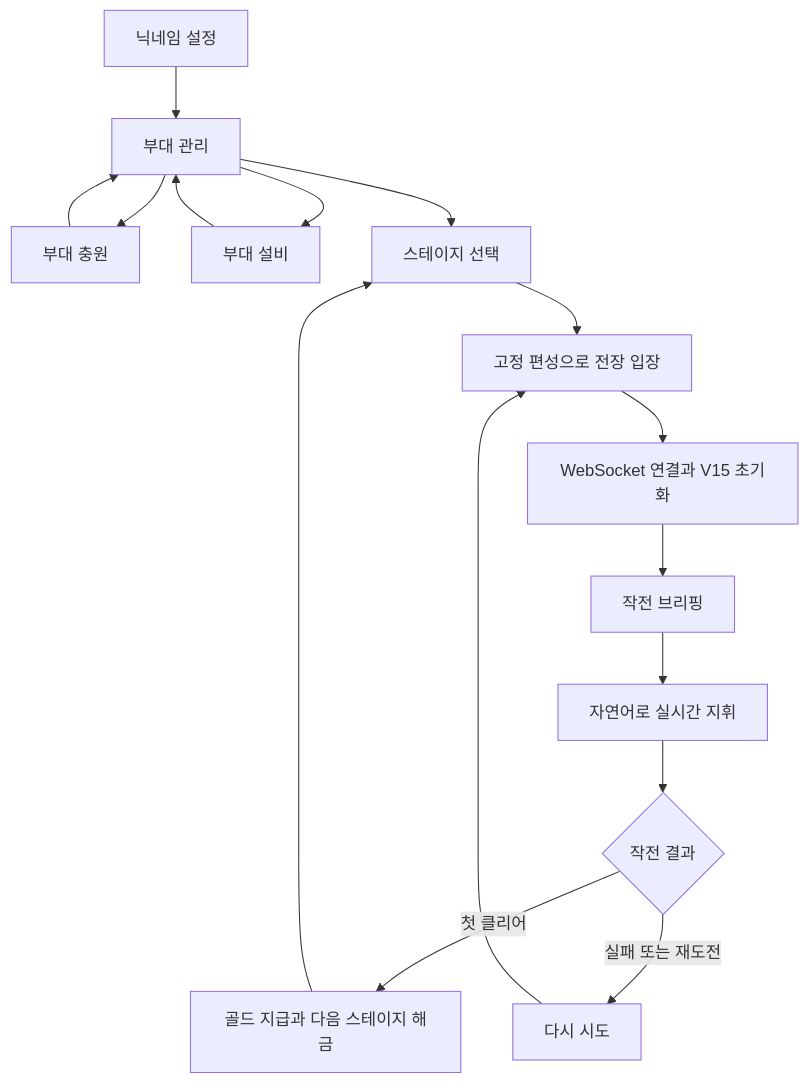
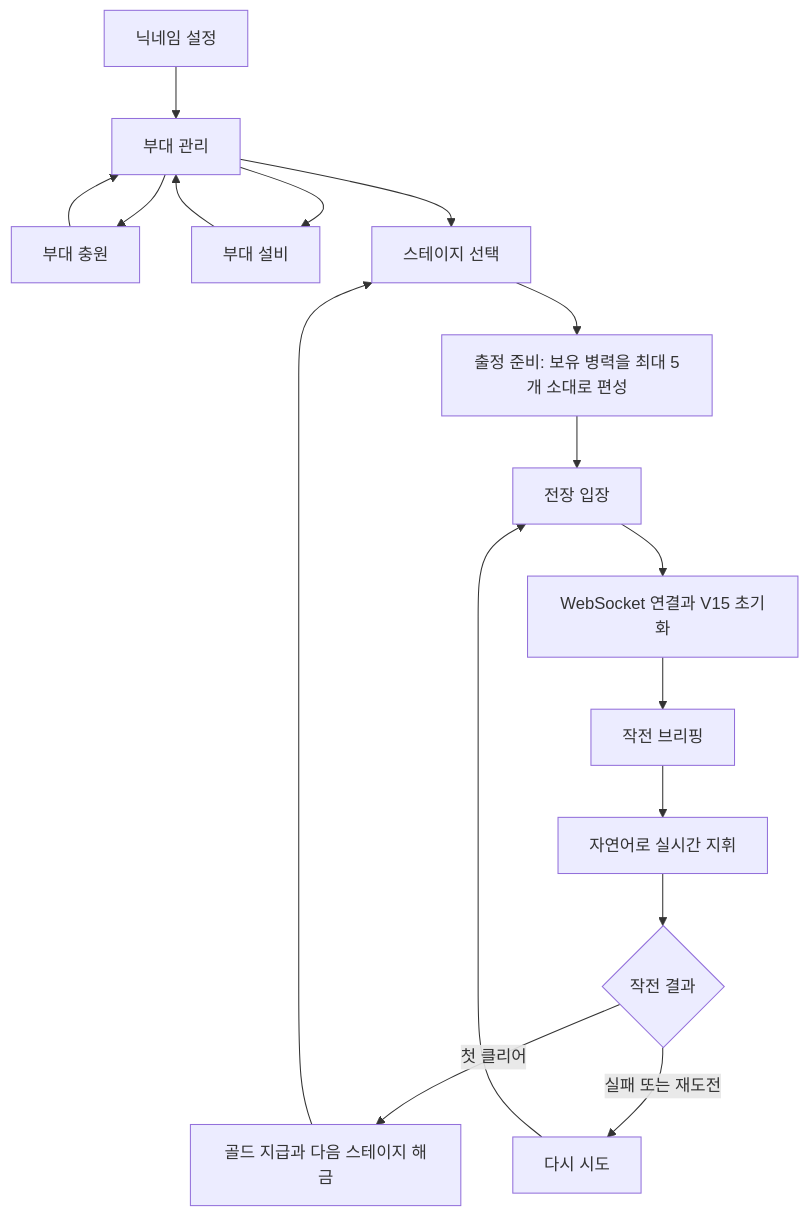
The first of 3 diagrams in README.md (CallOfLLM/callofllm-client), drawn with Mermaid before and after one commit. The commit also changed other lines of this file and 10 other files, not shown here.

```diff
--- a/README.md
+++ b/README.md
@@ -107,18 +107,19 @@
 ~~~mermaid
 flowchart TD
     A[닉네임 설정] --> B[부대 관리]
     B --> C[부대 충원]
     B --> D[부대 설비]
     B --> E[스테이지 선택]
     C --> B
     D --> B
-    E --> H[고정 편성으로 전장 입장]
+    E --> F[출정 준비: 보유 병력을 최대 5개 소대로 편성]
+    F --> H[전장 입장]
     H --> I[WebSocket 연결과 V15 초기화]
     I --> J[작전 브리핑]
     J --> K[자연어로 실시간 지휘]
     K --> L{작전 결과}
     L -- 첫 클리어 --> M[골드 지급과 다음 스테이지 해금]
     L -- 실패 또는 재도전 --> N[다시 시도]
     M --> E
     N --> H
 ~~~
```
